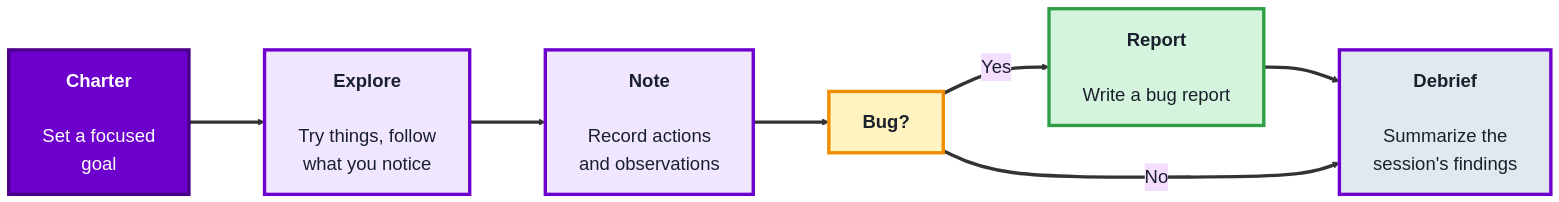
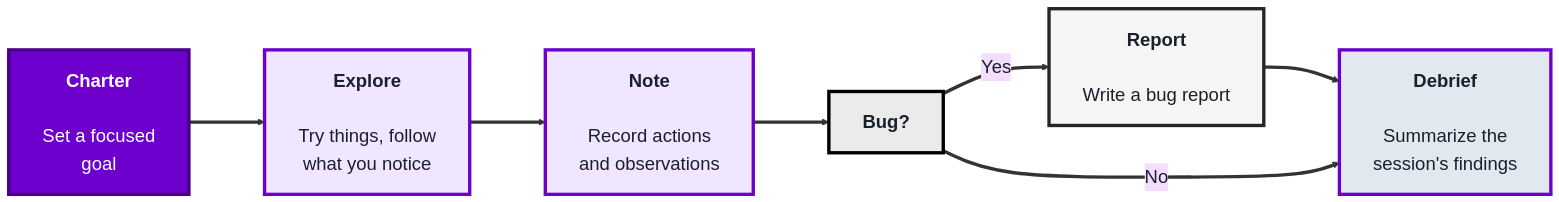
Before and after one commit to SHEMODELTECH/shemodeltech: the third of 3 diagrams in src/Pages/courses/TechQA/module-2-manual-testing.md, drawn with Mermaid. The commit also changed other lines of this file and 46 other files, not shown here.

````diff
--- a/src/Pages/courses/TechQA/module-2-manual-testing.md
+++ b/src/Pages/courses/TechQA/module-2-manual-testing.md
@@ -177,22 +177,22 @@
 ```mermaid
 %%{init: {'theme':'base', 'themeVariables': {'fontSize':'22px', 'primaryTextColor':'#1a202c', 'primaryBorderColor':'#4a0089', 'lineColor':'#333333'}, 'flowchart': {'nodeSpacing': 70, 'rankSpacing': 90, 'padding': 20}}}%%
 flowchart LR
     C["<b>Charter</b><br/><br/>Set a focused<br/>goal"]
     E["<b>Explore</b><br/><br/>Try things, follow<br/>what you notice"]
     N["<b>Note</b><br/><br/>Record actions<br/>and observations"]
     B["<b>Bug?</b>"]
     RPT["<b>Report</b><br/><br/>Write a bug report"]
     D["<b>Debrief</b><br/><br/>Summarize the<br/>session's findings"]
 
     C ==> E ==> N ==> B
     B ==>|Yes| RPT ==> D
     B ==>|No| D
 
     style C fill:#6d00cc,color:#fff,stroke:#4a0089,stroke-width:4px
     style E fill:#f0e6ff,color:#1a202c,stroke:#6d00cc,stroke-width:4px
     style N fill:#f0e6ff,color:#1a202c,stroke:#6d00cc,stroke-width:4px
-    style B fill:#fff3bf,color:#1a202c,stroke:#f08c00,stroke-width:4px
-    style RPT fill:#d4f4dd,color:#1a202c,stroke:#2f9e44,stroke-width:4px
+    style B fill:#EBEBEB,color:#1a202c,stroke:#000000,stroke-width:4px
+    style RPT fill:#F5F5F5,color:#1a202c,stroke:#262626,stroke-width:4px
     style D fill:#e2e8f0,color:#1a202c,stroke:#6d00cc,stroke-width:4px
     linkStyle default stroke-width:4px,stroke:#333333
 ```
````
